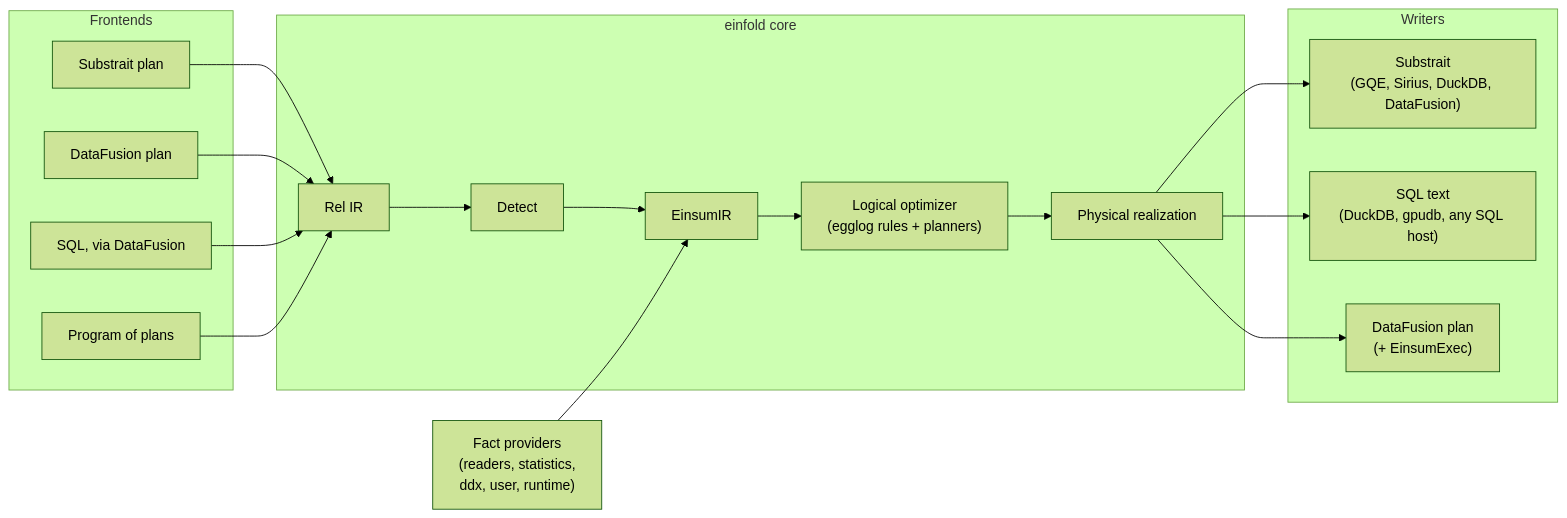
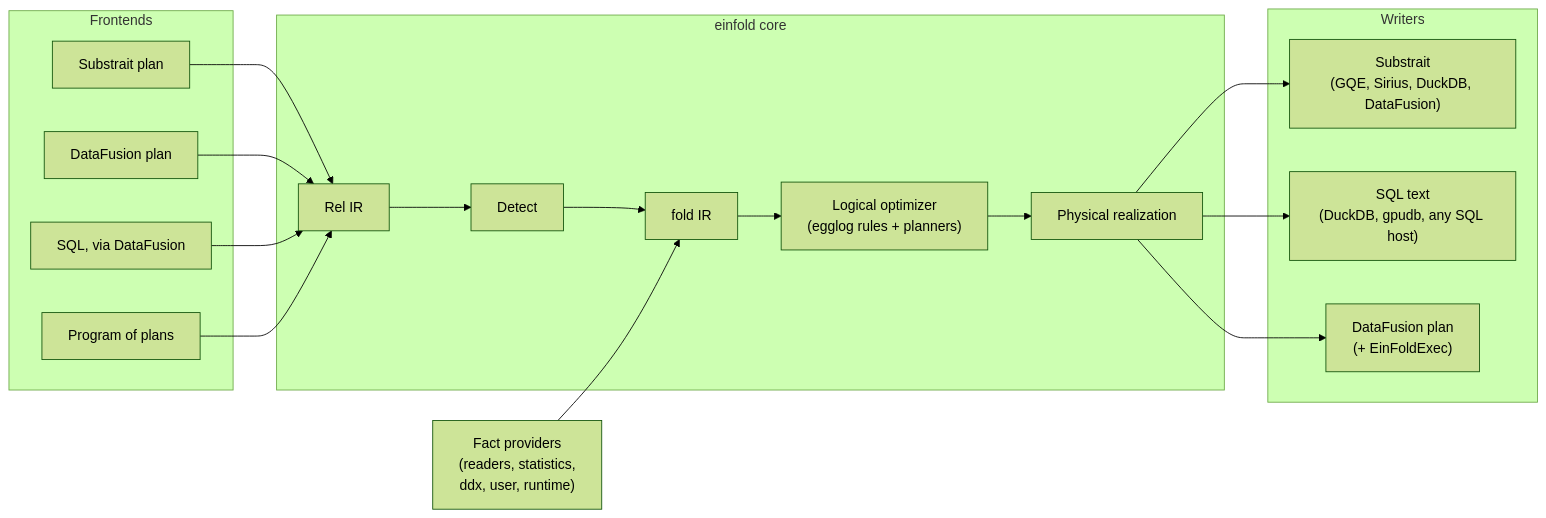
One commit to xqlsystems/einfold changed the first of 2 diagrams in docs/design.md. Above: the diagram before and after it, drawn with Mermaid (forest theme). The commit also changed other lines of this file and 2 other files, not shown here.

````diff
--- a/docs/design.md
+++ b/docs/design.md
@@ -169,27 +199,27 @@
 ```mermaid
 flowchart LR
   subgraph frontends [Frontends]
     fsub[Substrait plan]
     fdf[DataFusion plan]
     fsql[SQL, via DataFusion]
     fprog[Program of plans]
   end
   subgraph core [einfold core]
-    rel[Rel IR] --> det[Detect] --> eir[EinsumIR]
+    rel[Rel IR] --> det[Detect] --> eir[fold IR]
     eir --> logi["Logical optimizer<br/>(egglog rules + planners)"]
     logi --> phys[Physical realization]
   end
   facts["Fact providers<br/>(readers, statistics,<br/>ddx, user, runtime)"] --> eir
   subgraph writers [Writers]
     wsub["Substrait<br/>(GQE, Sirius, DuckDB, DataFusion)"]
     wsql["SQL text<br/>(DuckDB, gpudb, any SQL host)"]
-    wdf["DataFusion plan<br/>(+ EinsumExec)"]
+    wdf["DataFusion plan<br/>(+ EinFoldExec)"]
   end
   fsub --> rel
   fdf --> rel
   fsql --> rel
   fprog --> rel
   phys --> wsub
   phys --> wsql
   phys --> wdf
 ```
````
